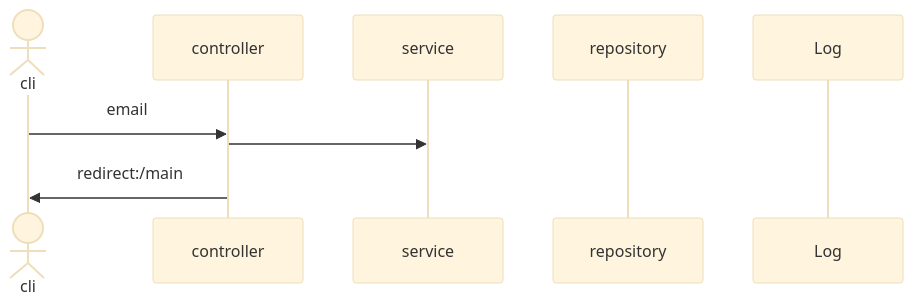
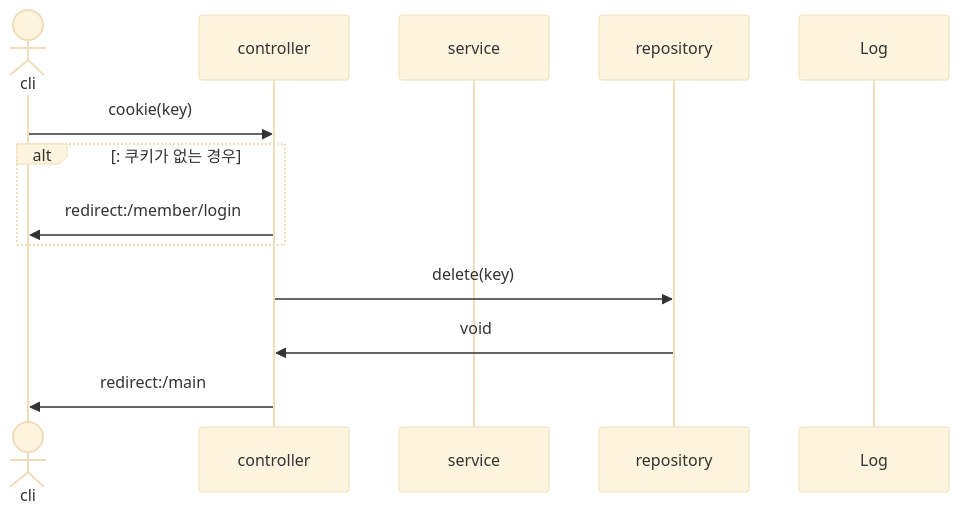
Before and after one commit to mtak0235/snsX: diagram 11 of 31 in sequence.md, drawn with Mermaid (base theme). The commit also changed other lines of this file, not shown here.

Commit message:
update login & logout sequence diagram

````diff
--- a/sequence.md
+++ b/sequence.md
@@ -233,12 +236,16 @@
 ```mermaid
 sequenceDiagram
 actor cli
 participant c as controller
 participant s as service
 participant r as repository
 participant l as Log
 
-cli->>c: email
-c->>s: 
+cli->>c: cookie(key)
+alt: 쿠키가 없는 경우
+c->>cli: redirect:/member/login
+end
+c->>r: delete(key)
+r->>c: void
 c->>cli: redirect:/main
 ```
````
